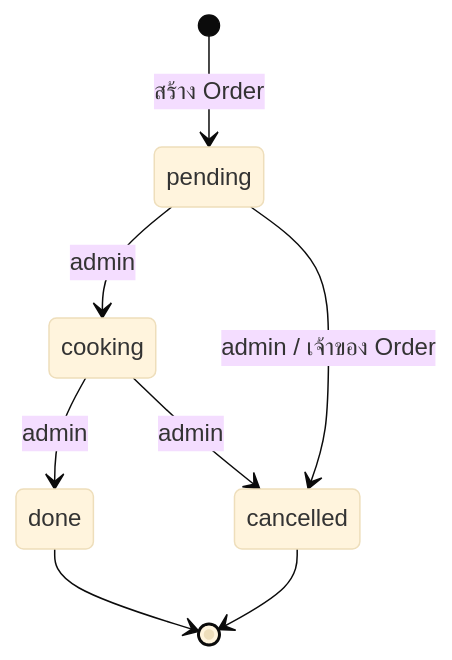
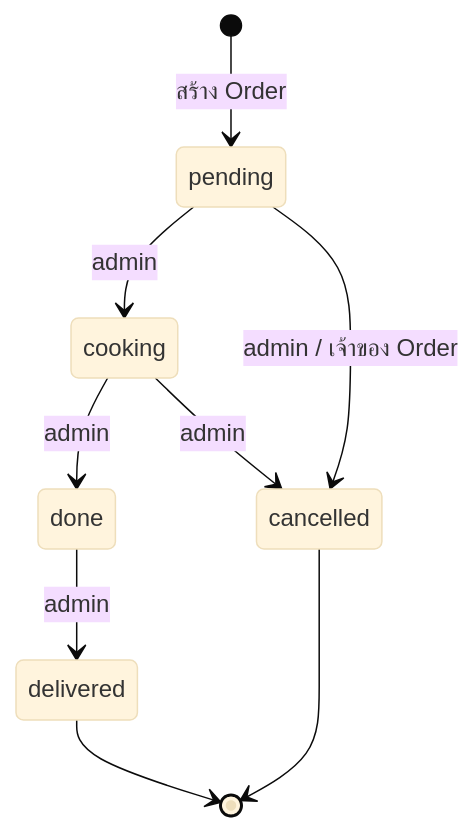
Before and after one commit to AT3rN4t1ve/Workshop: the fourth of 4 diagrams in README.md, drawn with Mermaid (base theme). The commit also changed other lines of this file and 8 other files, not shown here.

````diff
--- a/README.md
+++ b/README.md
@@ -149,10 +149,11 @@
 ```mermaid
 stateDiagram-v2
     [*] --> pending: สร้าง Order
     pending --> cooking: admin
     cooking --> done: admin
+    done --> delivered: admin
     pending --> cancelled: admin / เจ้าของ Order
     cooking --> cancelled: admin
-    done --> [*]
+    delivered --> [*]
     cancelled --> [*]
 ```
````
